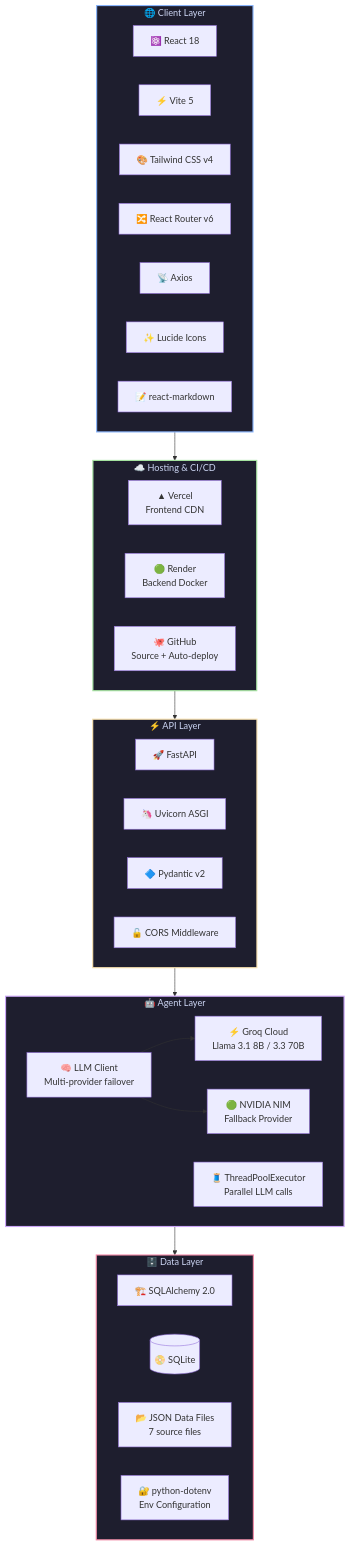
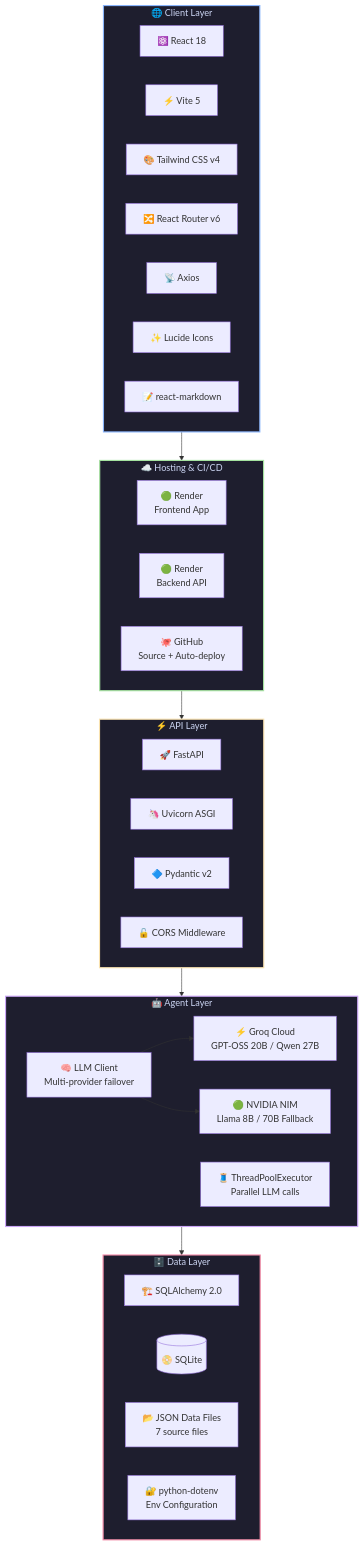
One commit to IdeaForg-e/TaskPilot-AI changed the fourth of 4 diagrams in README.md. Above: the diagram before and after it, drawn with Mermaid. The commit also changed other lines of this file, not shown here.

Commit message:
docs: refactor and update Mermaid flowcharts for System, Data Flow, and Tech Stack

````diff
--- a/README.md
+++ b/README.md
@@ -557,57 +559,57 @@
 ```mermaid
 flowchart TB
     subgraph CLIENT["🌐 Client Layer"]
         direction LR
         REACT["⚛️ React 18"]
         VITE["⚡ Vite 5"]
         TW["🎨 Tailwind CSS v4"]
         RR["🔀 React Router v6"]
         AX["📡 Axios"]
         LU["✨ Lucide Icons"]
         RM["📝 react-markdown"]
     end
 
     subgraph HOSTING["☁️ Hosting & CI/CD"]
         direction LR
-        VER["▲ Vercel\nFrontend CDN"]
-        REN["🟢 Render\nBackend Docker"]
+        REN_FE["🟢 Render\nFrontend App"]
+        REN_BE["🟢 Render\nBackend API"]
         GIT["🐙 GitHub\nSource + Auto-deploy"]
     end
 
     subgraph API["⚡ API Layer"]
         direction LR
         FA["🚀 FastAPI"]
         UV["🦄 Uvicorn ASGI"]
         PY["🔷 Pydantic v2"]
         CORS["🔓 CORS Middleware"]
     end
 
     subgraph AGENTS["🤖 Agent Layer"]
         direction LR
         LLM["🧠 LLM Client\nMulti-provider failover"]
-        GROQ["⚡ Groq Cloud\nLlama 3.1 8B / 3.3 70B"]
-        NV["🟢 NVIDIA NIM\nFallback Provider"]
+        GROQ["⚡ Groq Cloud\nGPT-OSS 20B / Qwen 27B"]
+        NV["🟢 NVIDIA NIM\nLlama 8B / 70B Fallback"]
         TP["🧵 ThreadPoolExecutor\nParallel LLM calls"]
     end
 
     subgraph DATA["🗄️ Data Layer"]
         direction LR
         SA["🏗️ SQLAlchemy 2.0"]
         DB[("📀 SQLite")]
         JSON["📂 JSON Data Files\n7 source files"]
         ENV["🔐 python-dotenv\nEnv Configuration"]
     end
 
     CLIENT --> HOSTING
     HOSTING --> API
     API --> AGENTS
     AGENTS --> DATA
     LLM --> GROQ
     LLM --> NV
 
     style CLIENT fill:#1e1e2e,stroke:#89b4fa,stroke-width:2px,color:#cdd6f4
     style HOSTING fill:#1e1e2e,stroke:#a6e3a1,stroke-width:2px,color:#cdd6f4
     style API fill:#1e1e2e,stroke:#f9e2af,stroke-width:2px,color:#cdd6f4
     style AGENTS fill:#1e1e2e,stroke:#cba6f7,stroke-width:2px,color:#cdd6f4
     style DATA fill:#1e1e2e,stroke:#f38ba8,stroke-width:2px,color:#cdd6f4
 ```
````
